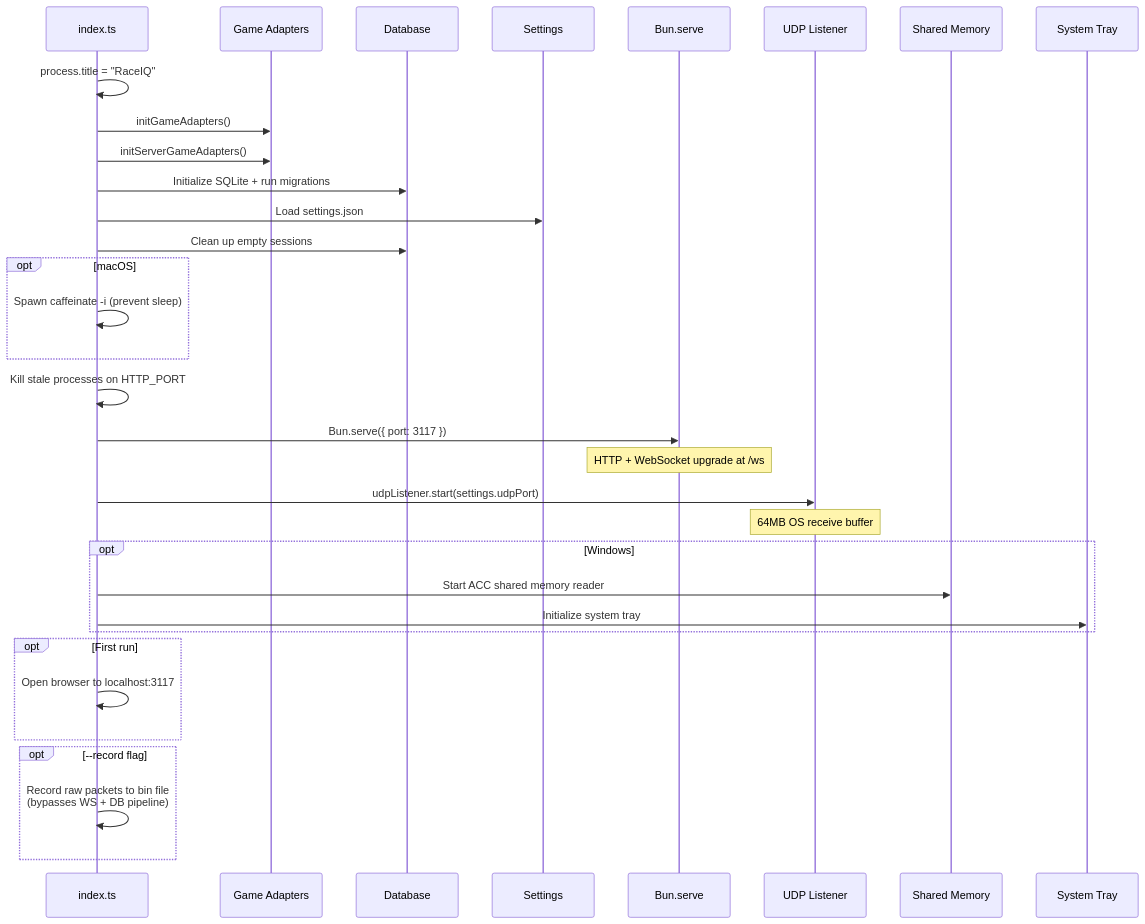
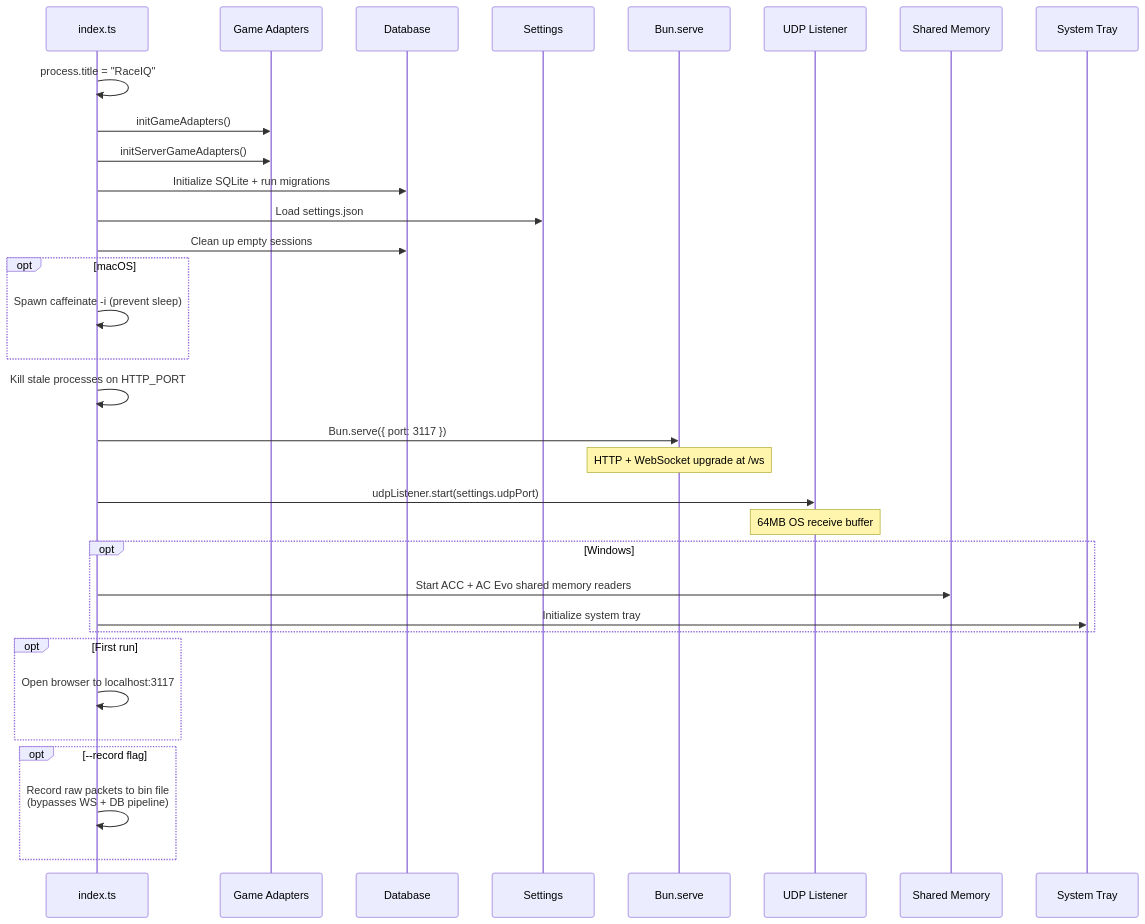
The ninth of 12 diagrams in ARCHITECTURE.md (dedeco-carrera/RaceIQ), drawn with Mermaid before and after one commit. The commit also changed other lines of this file and 168 other files, not shown here.

````diff
--- a/ARCHITECTURE.md
+++ b/ARCHITECTURE.md
@@ -557,41 +573,41 @@
 ```mermaid
 sequenceDiagram
     participant Main as index.ts
     participant GA as Game Adapters
     participant DB as Database
     participant Settings as Settings
     participant HTTP as Bun.serve
     participant UDP as UDP Listener
     participant SHM as Shared Memory
     participant Tray as System Tray
 
     Main->>Main: process.title = "RaceIQ"
     Main->>GA: initGameAdapters()
     Main->>GA: initServerGameAdapters()
     Main->>DB: Initialize SQLite + run migrations
     Main->>Settings: Load settings.json
     Main->>DB: Clean up empty sessions
 
     opt macOS
         Main->>Main: Spawn caffeinate -i (prevent sleep)
     end
 
     Main->>Main: Kill stale processes on HTTP_PORT
     Main->>HTTP: Bun.serve({ port: 3117 })
     Note over HTTP: HTTP + WebSocket upgrade at /ws
     Main->>UDP: udpListener.start(settings.udpPort)
     Note over UDP: 64MB OS receive buffer
 
     opt Windows
-        Main->>SHM: Start ACC shared memory reader
+        Main->>SHM: Start ACC + AC Evo shared memory readers
         Main->>Tray: Initialize system tray
     end
 
     opt First run
         Main->>Main: Open browser to localhost:3117
     end
 
     opt --record flag
         Main->>Main: Record raw packets to bin file<br/>(bypasses WS + DB pipeline)
     end
 ```
````
